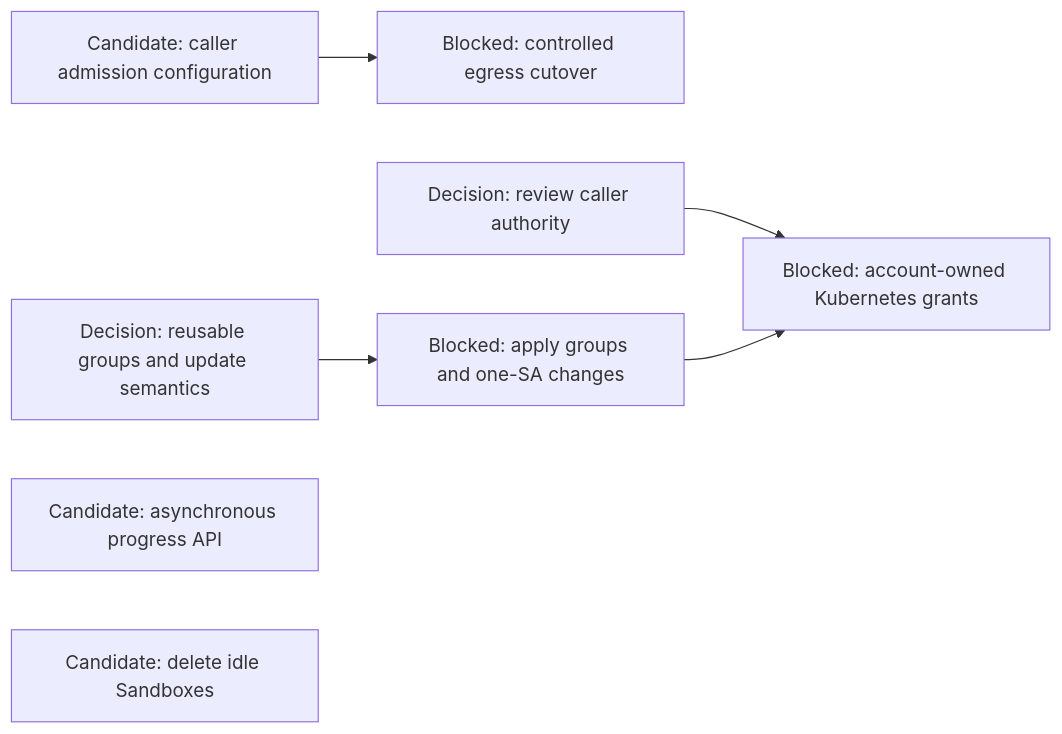
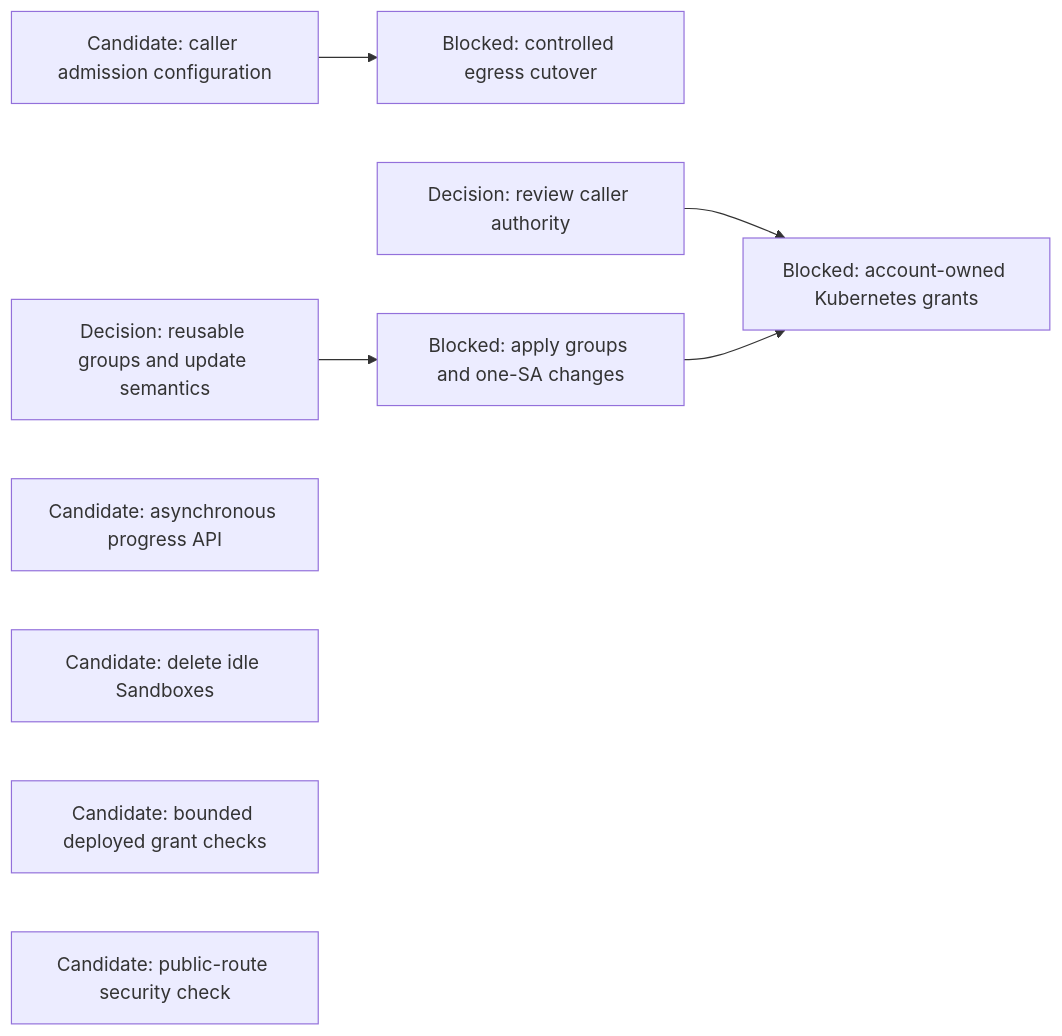
The eighth of 14 diagrams in agentplane/plans/task_dag.md (agentydragon-agent/ducktape), drawn with Mermaid before and after one commit. The commit also changed other lines of this file, not shown here.

````diff
--- a/agentplane/plans/task_dag.md
+++ b/agentplane/plans/task_dag.md
@@ -430,9 +460,11 @@
 ```mermaid
 flowchart LR
     PC_EGRESS_CREDENTIALS[Candidate: caller admission configuration] --> PC_EGRESS[Blocked: controlled egress cutover]
     CLAUDE_AI_SA[Decision: review caller authority] --> MANAGED_SA_RBAC[Blocked: account-owned Kubernetes grants]
     KUBERNETES_RBAC_POLICIES[Decision: reusable groups and update semantics] --> KUBERNETES_RBAC_POLICY_BINDINGS[Blocked: apply groups and one-SA changes]
     KUBERNETES_RBAC_POLICY_BINDINGS --> MANAGED_SA_RBAC
     BOOTSTRAP_PROGRESS_CONTRACT[Candidate: asynchronous progress API]
     SANDBOX_IDLE_EXPIRY[Candidate: delete idle Sandboxes]
+    SANDBOX_RBAC[Candidate: bounded deployed grant checks]
+    NOTIFICATION_INGRESS_BOUNDARY[Candidate: public-route security check]
 ```
````
